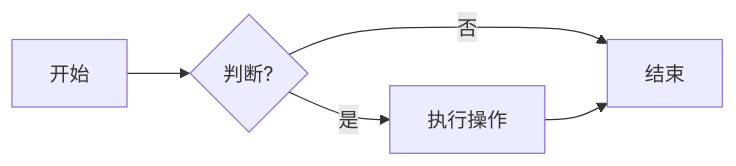
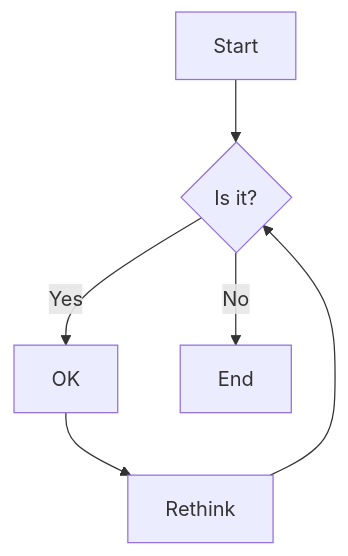
One commit to SingularGuyLeBorn/metauniverse-blog changed the first of 3 diagrams in docs/posts/markdown-demo.md. Above: the diagram before and after it, drawn with Mermaid. The commit also changed other lines of this file and 1 other file, not shown here.

Commit message:
feat: 全面增强Markdown配置与演示 (Advanced Math, Mermaid, Containers)

````diff
--- a/docs/posts/markdown-demo.md
+++ b/docs/posts/markdown-demo.md
@@ -145,7 +177,8 @@
 ```mermaid
-graph LR
-    A[开始] --> B{判断?}
-    B -- 是 --> C[执行操作]
-    B -- 否 --> D[结束]
-    C --> D
+graph TD
+    A[Start] --> B{Is it?}
+    B -- Yes --> C[OK]
+    C --> D[Rethink]
+    D --> B
+    B -- No --> E[End]
 ```
````
